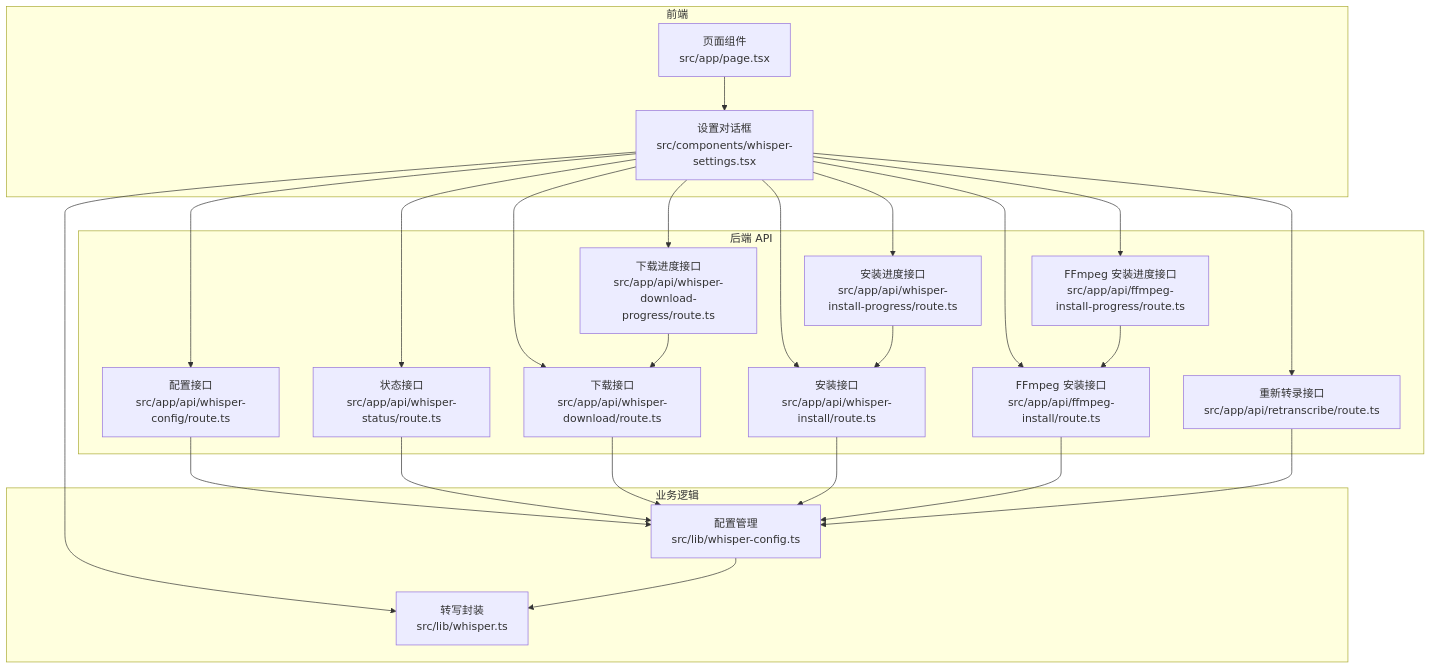
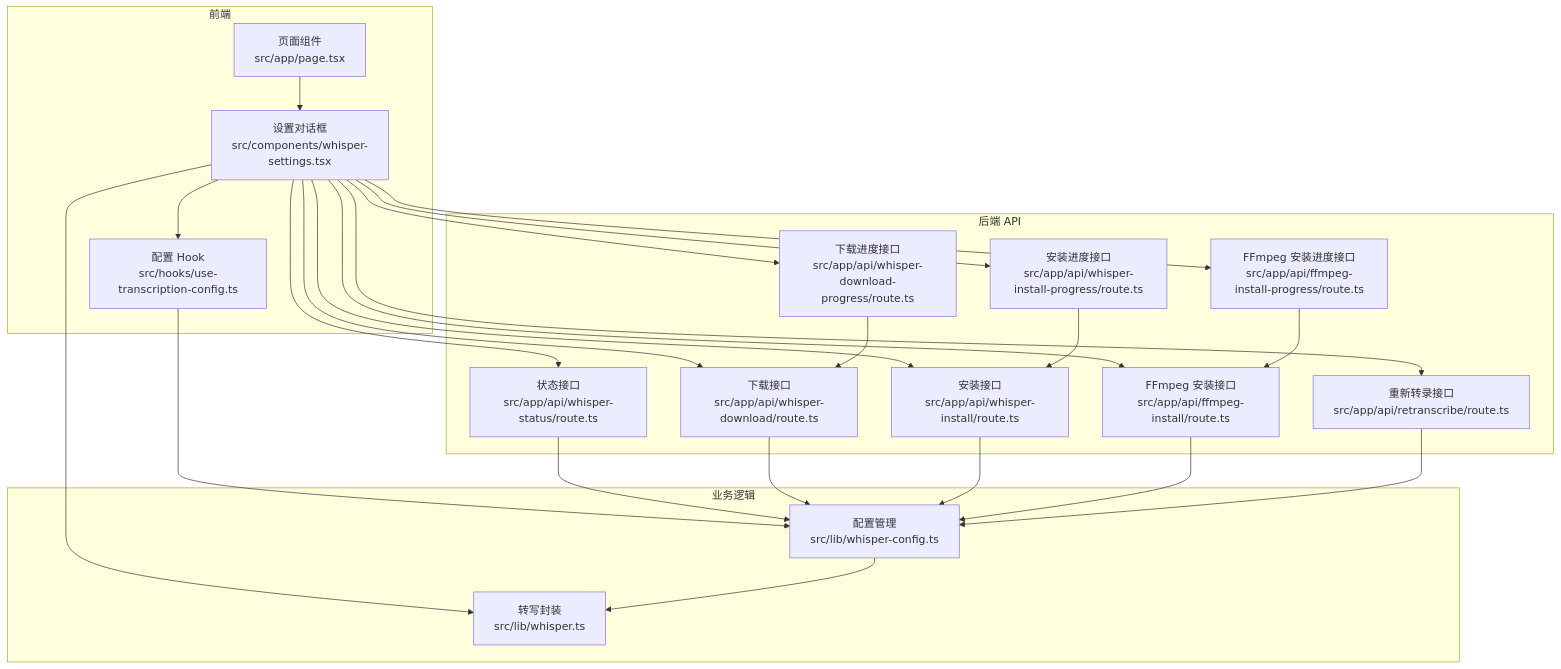
The first of 11 diagrams in .qoder/repowiki/zh/content/核心功能模块/Whisper 配置管理.md (clawbotai/memo-flow), drawn with Mermaid before and after one commit. The commit also changed other lines of this file and 4 other files, not shown here.

````diff
--- a/.qoder/repowiki/zh/content/核心功能模块/Whisper 配置管理.md
+++ b/.qoder/repowiki/zh/content/核心功能模块/Whisper 配置管理.md
@@ -57,43 +59,43 @@
 ```mermaid
 graph TB
 subgraph "前端"
 UI["页面组件<br/>src/app/page.tsx"]
 Settings["设置对话框<br/>src/components/whisper-settings.tsx"]
+Hook["配置 Hook<br/>src/hooks/use-transcription-config.ts"]
 end
 subgraph "后端 API"
-ConfigAPI["配置接口<br/>src/app/api/whisper-config/route.ts"]
 StatusAPI["状态接口<br/>src/app/api/whisper-status/route.ts"]
 DownloadAPI["下载接口<br/>src/app/api/whisper-download/route.ts"]
 ProgressAPI["下载进度接口<br/>src/app/api/whisper-download-progress/route.ts"]
 InstallAPI["安装接口<br/>src/app/api/whisper-install/route.ts"]
 InstallProgressAPI["安装进度接口<br/>src/app/api/whisper-install-progress/route.ts"]
 FfmpegInstallAPI["FFmpeg 安装接口<br/>src/app/api/ffmpeg-install/route.ts"]
 FfmpegInstallProgressAPI["FFmpeg 安装进度接口<br/>src/app/api/ffmpeg-install-progress/route.ts"]
 RetranscribeAPI["重新转录接口<br/>src/app/api/retranscribe/route.ts"]
 end
 subgraph "业务逻辑"
 ConfigLib["配置管理<br/>src/lib/whisper-config.ts"]
 WhisperLib["转写封装<br/>src/lib/whisper.ts"]
 end
 UI --> Settings
-Settings --> ConfigAPI
+Settings --> Hook
 Settings --> StatusAPI
 Settings --> DownloadAPI
 Settings --> ProgressAPI
 Settings --> InstallAPI
 Settings --> InstallProgressAPI
 Settings --> FfmpegInstallAPI
 Settings --> FfmpegInstallProgressAPI
 Settings --> RetranscribeAPI
-ConfigAPI --> ConfigLib
+Hook --> ConfigLib
 StatusAPI --> ConfigLib
 DownloadAPI --> ConfigLib
 ProgressAPI --> DownloadAPI
 InstallAPI --> ConfigLib
 InstallProgressAPI --> InstallAPI
 FfmpegInstallAPI --> ConfigLib
 FfmpegInstallProgressAPI --> FfmpegInstallAPI
 RetranscribeAPI --> ConfigLib
 Settings --> WhisperLib
 ConfigLib --> WhisperLib
 ```
````
